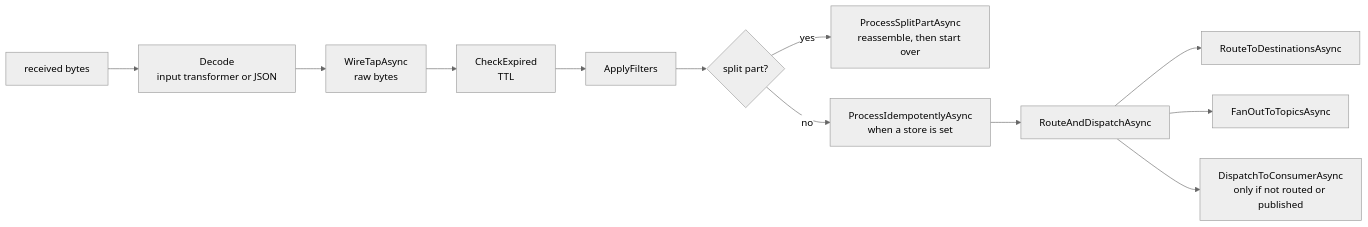
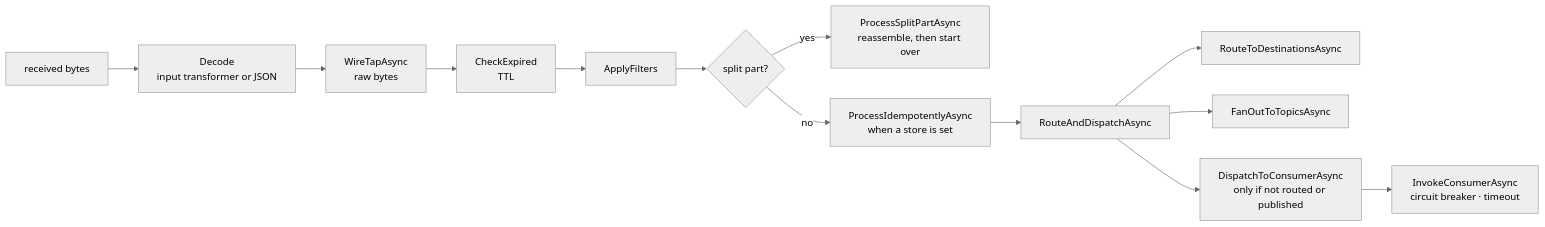
The second of 2 diagrams in docs/architecture.md (nymankla/NymBroker), drawn with Mermaid (neutral theme) before and after one commit. The commit also changed other lines of this file and 1 other file, not shown here.

First line of the commit message:
Describe the consumer timeout and circuit breaker in the architecture docs

````diff
--- a/docs/architecture.md
+++ b/docs/architecture.md
@@ -51,14 +51,15 @@
 ```mermaid
 flowchart LR
     R[received bytes] --> D[Decode<br/>input transformer or JSON]
     D --> WT[WireTapAsync<br/>raw bytes]
     WT --> X[CheckExpired<br/>TTL]
     X --> F[ApplyFilters]
     F --> SP{split part?}
     SP -- yes --> AG[ProcessSplitPartAsync<br/>reassemble, then start over]
     SP -- no --> ID[ProcessIdempotentlyAsync<br/>when a store is set]
     ID --> RD[RouteAndDispatchAsync]
     RD --> RT[RouteToDestinationsAsync]
     RD --> TP[FanOutToTopicsAsync]
     RD --> CN[DispatchToConsumerAsync<br/>only if not routed or published]
+    CN --> IC[InvokeConsumerAsync<br/>circuit breaker · timeout]
 ```
````
